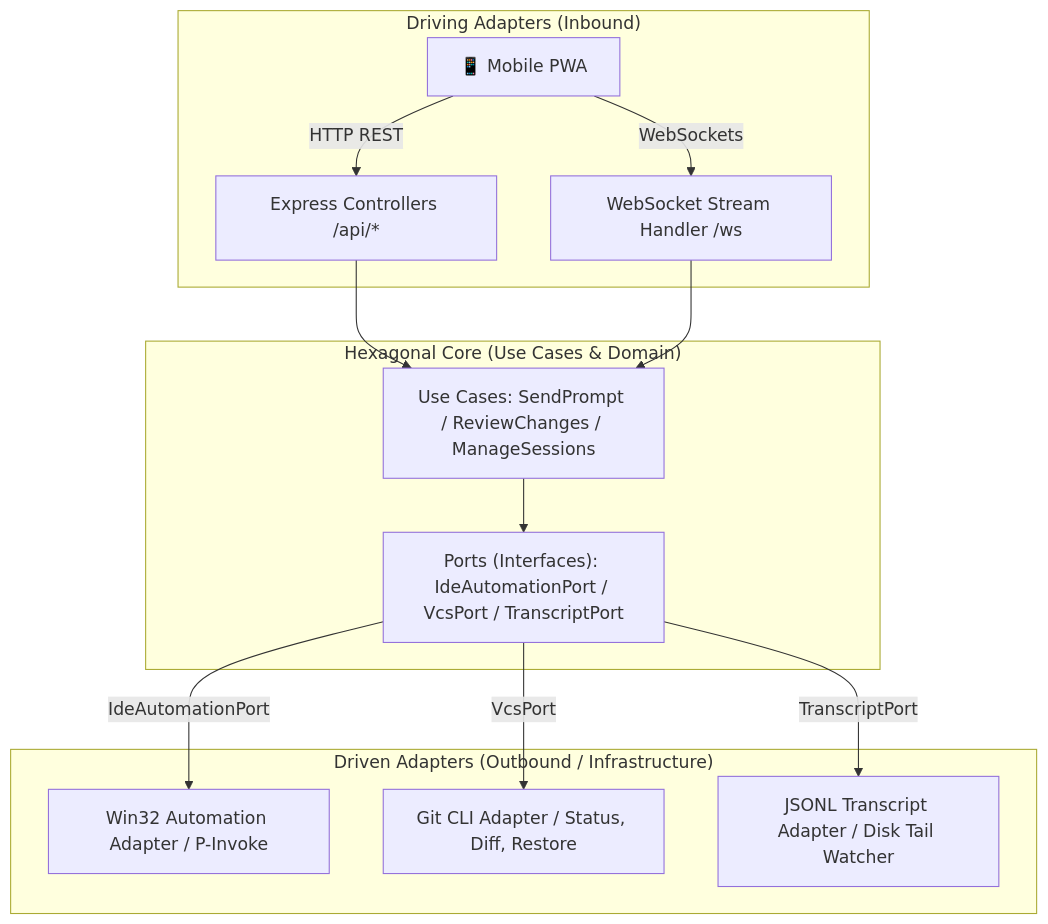
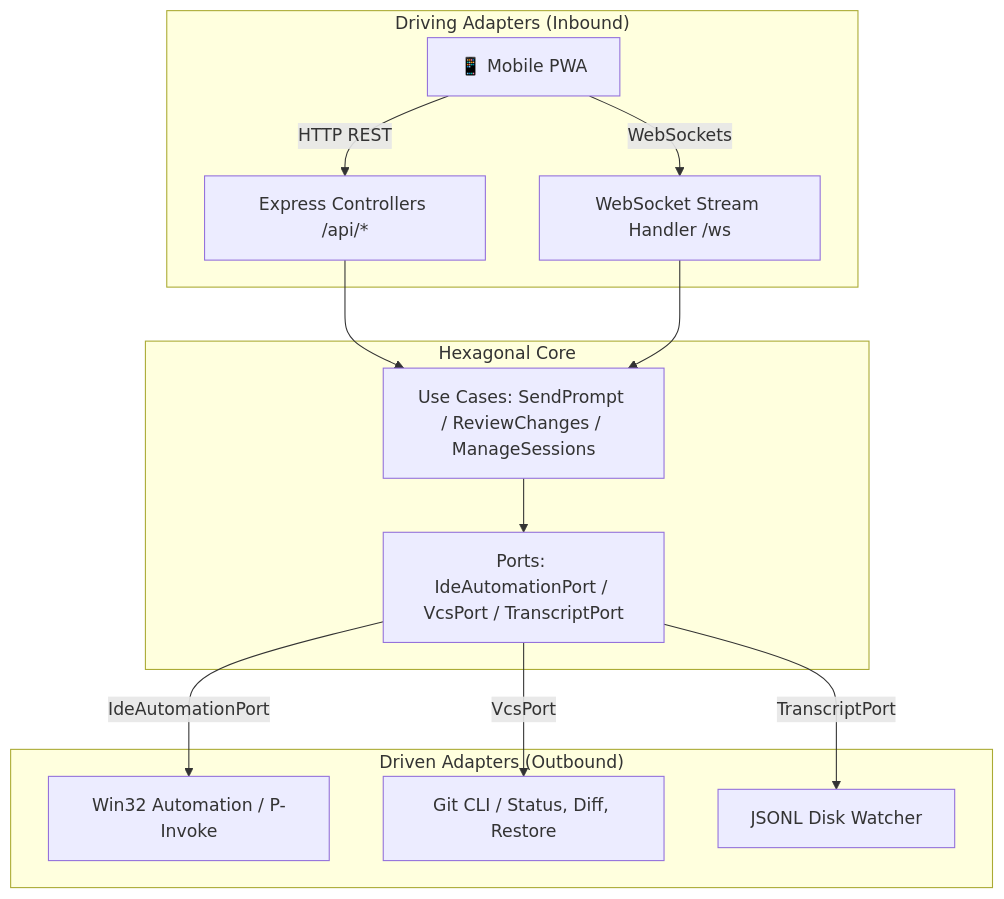
One commit to IvanCR48/Pocket-AntiGravityIDE changed the diagram in README.md. Above: the diagram before and after it, drawn with Mermaid. The commit also changed other lines of this file, not shown here.

````diff
--- a/README.md
+++ b/README.md
@@ -99,19 +75,19 @@
 ```mermaid
 flowchart TD
-    subgraph DrivingAdapters ["Driving Adapters (Inbound)"]
+    subgraph Driving ["Driving Adapters (Inbound)"]
         Phone[📱 Mobile PWA] -->|HTTP REST| Express[Express Controllers /api/*]
         Phone -->|WebSockets| WS[WebSocket Stream Handler /ws]
     end
 
-    subgraph CoreDomain ["Hexagonal Core (Use Cases & Domain)"]
+    subgraph Core ["Hexagonal Core"]
         Express --> UseCases[Use Cases: SendPrompt / ReviewChanges / ManageSessions]
         WS --> UseCases
-        UseCases --> Ports["Ports (Interfaces): IdeAutomationPort / VcsPort / TranscriptPort"]
+        UseCases --> Ports["Ports: IdeAutomationPort / VcsPort / TranscriptPort"]
     end
 
-    subgraph DrivenAdapters ["Driven Adapters (Outbound / Infrastructure)"]
-        Ports -->|IdeAutomationPort| Win32Adapter[Win32 Automation Adapter / P-Invoke]
-        Ports -->|VcsPort| GitAdapter[Git CLI Adapter / Status, Diff, Restore]
-        Ports -->|TranscriptPort| JsonlAdapter[JSONL Transcript Adapter / Disk Tail Watcher]
+    subgraph Driven ["Driven Adapters (Outbound)"]
+        Ports -->|IdeAutomationPort| Win32Adapter[Win32 Automation / P-Invoke]
+        Ports -->|VcsPort| GitAdapter[Git CLI / Status, Diff, Restore]
+        Ports -->|TranscriptPort| JsonlAdapter[JSONL Disk Watcher]
     end
 ```
````
